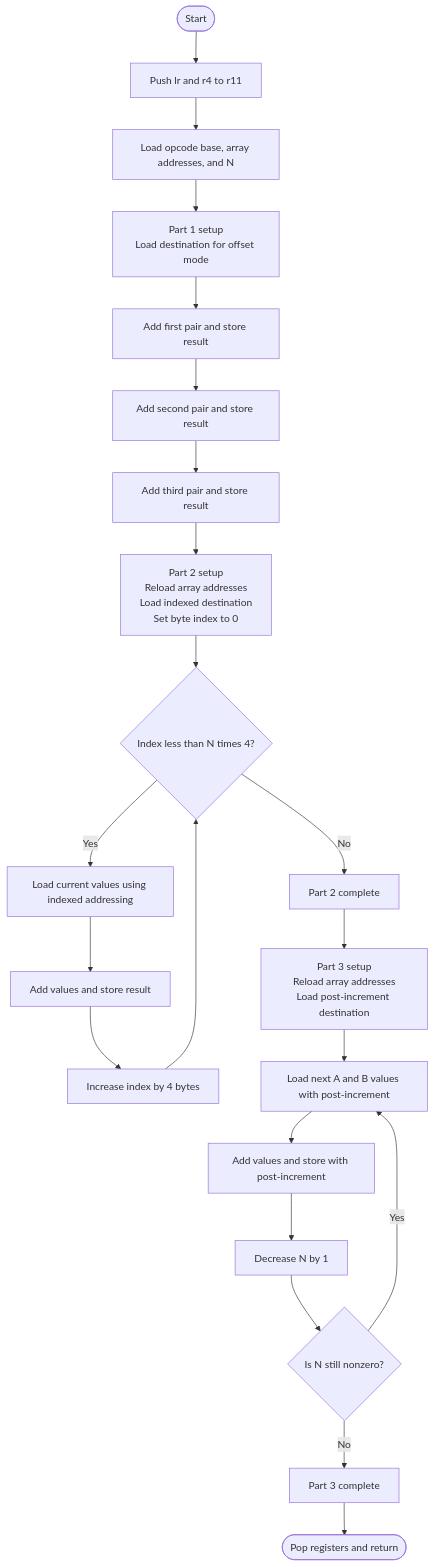
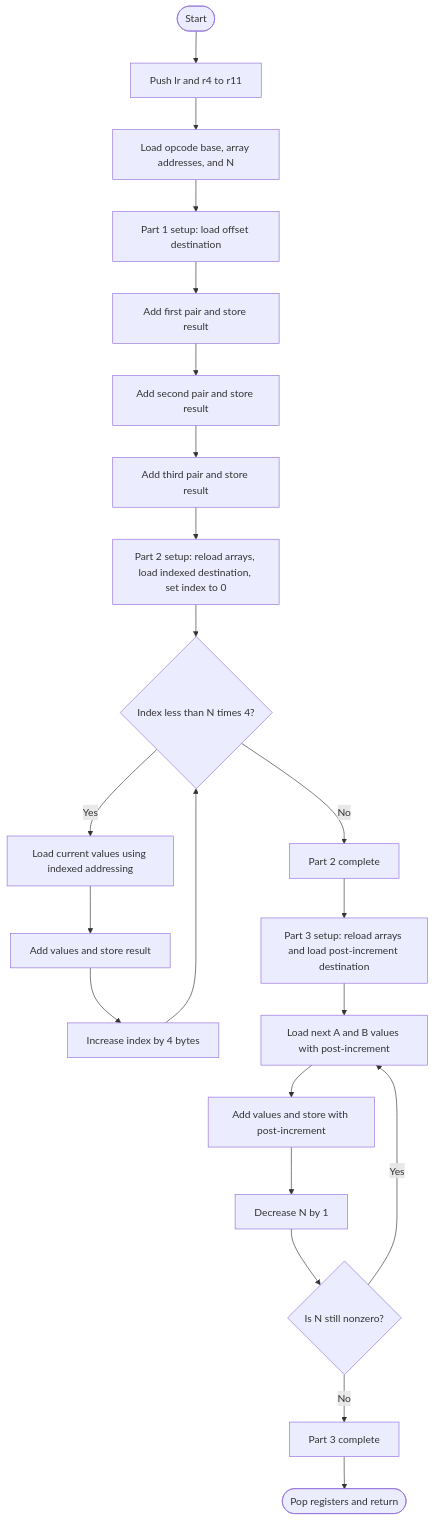
One commit to Jxdul/ECE-212 changed the diagram in Lab/Lab2/finalsubmission/flowcharts/Lab2a_L432KC_flowchart.md. Above: the diagram before and after it, drawn with Mermaid. The commit also changed 1 other file, not shown here.

Commit message:
Updating the flowcharts

````diff
--- a/Lab/Lab2/finalsubmission/flowcharts/Lab2a_L432KC_flowchart.md
+++ b/Lab/Lab2/finalsubmission/flowcharts/Lab2a_L432KC_flowchart.md
@@ -3,28 +3,28 @@
 ```mermaid
 flowchart TD
     A([Start]) --> B[Push lr and r4 to r11]
     B --> C[Load opcode base, array addresses, and N]
 
-    C --> D[Part 1 setup<br/>Load destination for offset mode]
+    C --> D[Part 1 setup: load offset destination]
     D --> D1[Add first pair and store result]
     D1 --> D2[Add second pair and store result]
     D2 --> D3[Add third pair and store result]
 
-    D3 --> E[Part 2 setup<br/>Reload array addresses<br/>Load indexed destination<br/>Set byte index to 0]
+    D3 --> E[Part 2 setup: reload arrays, load indexed destination, set index to 0]
     E --> F{Index less than N times 4?}
     F -->|Yes| G[Load current values using indexed addressing]
     G --> H[Add values and store result]
     H --> I[Increase index by 4 bytes]
     I --> F
     F -->|No| J[Part 2 complete]
 
-    J --> K[Part 3 setup<br/>Reload array addresses<br/>Load post-increment destination]
+    J --> K[Part 3 setup: reload arrays and load post-increment destination]
     K --> L[Load next A and B values with post-increment]
     L --> M[Add values and store with post-increment]
     M --> N[Decrease N by 1]
     N --> O{Is N still nonzero?}
     O -->|Yes| L
     O -->|No| P[Part 3 complete]
 
     P --> Q([Pop registers and return])
 ```
````
